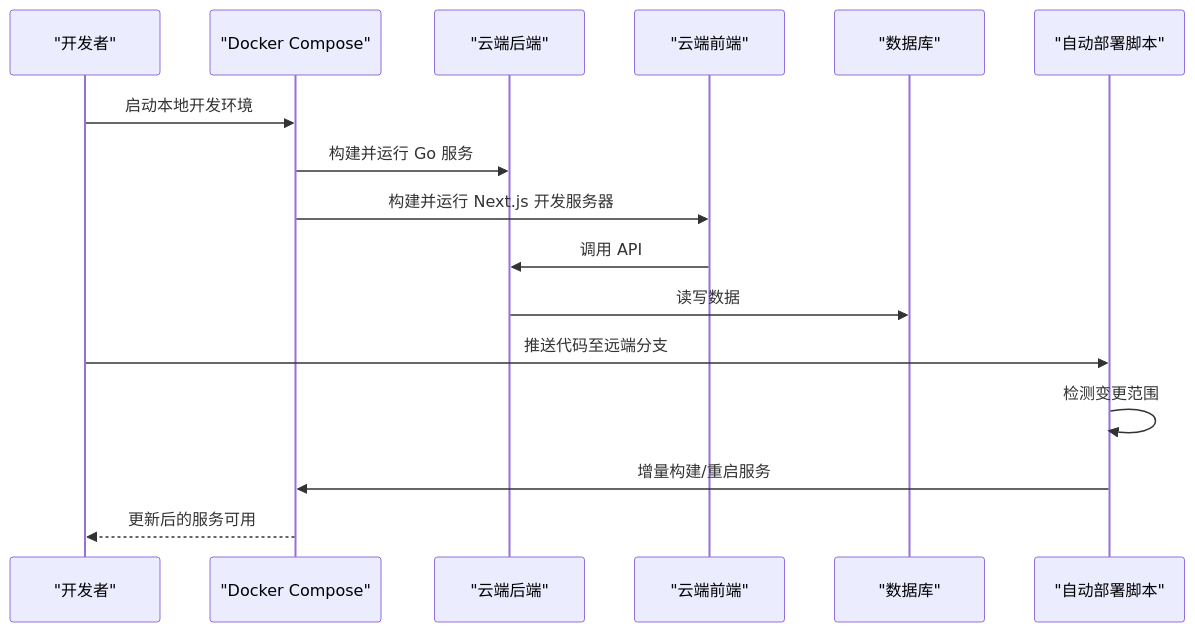
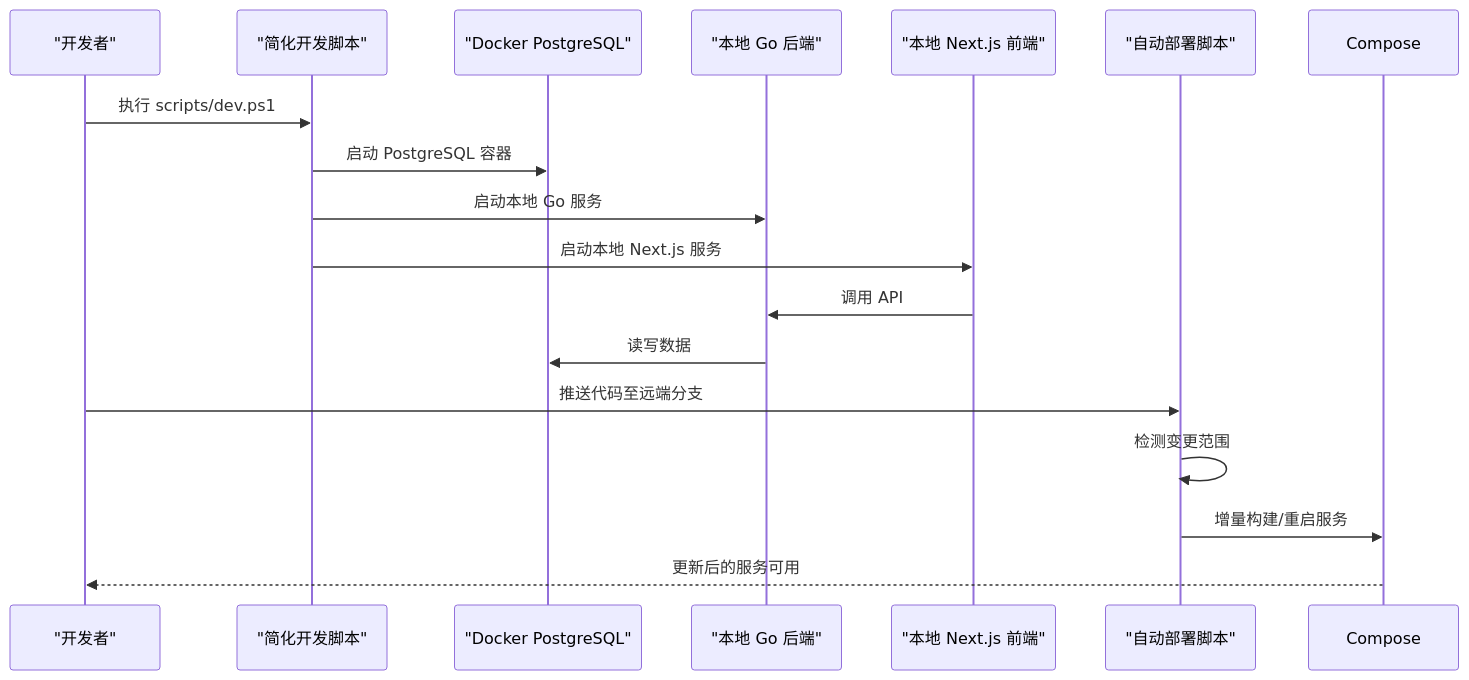
The second of 8 diagrams in .qoder/repowiki/zh/content/开发指南/开发工作流程.md (alvinwangzi/goodhr), drawn with Mermaid before and after one commit. The commit also changed other lines of this file and 10 other files, not shown here.

````diff
--- a/.qoder/repowiki/zh/content/开发指南/开发工作流程.md
+++ b/.qoder/repowiki/zh/content/开发指南/开发工作流程.md
@@ -77,18 +89,19 @@
 ```mermaid
 sequenceDiagram
 participant Dev as "开发者"
-participant Compose as "Docker Compose"
-participant BE as "云端后端"
-participant FE as "云端前端"
-participant DB as "数据库"
+participant Script as "简化开发脚本"
+participant DB as "Docker PostgreSQL"
+participant BE as "本地 Go 后端"
+participant FE as "本地 Next.js 前端"
 participant Deploy as "自动部署脚本"
-Dev->>Compose : 启动本地开发环境
-Compose->>BE : 构建并运行 Go 服务
-Compose->>FE : 构建并运行 Next.js 开发服务器
+Dev->>Script : 执行 scripts/dev.ps1
+Script->>DB : 启动 PostgreSQL 容器
+Script->>BE : 启动本地 Go 服务
+Script->>FE : 启动本地 Next.js 服务
 FE->>BE : 调用 API
 BE->>DB : 读写数据
 Dev->>Deploy : 推送代码至远端分支
 Deploy->>Deploy : 检测变更范围
 Deploy->>Compose : 增量构建/重启服务
 Compose-->>Dev : 更新后的服务可用
 ```
````
